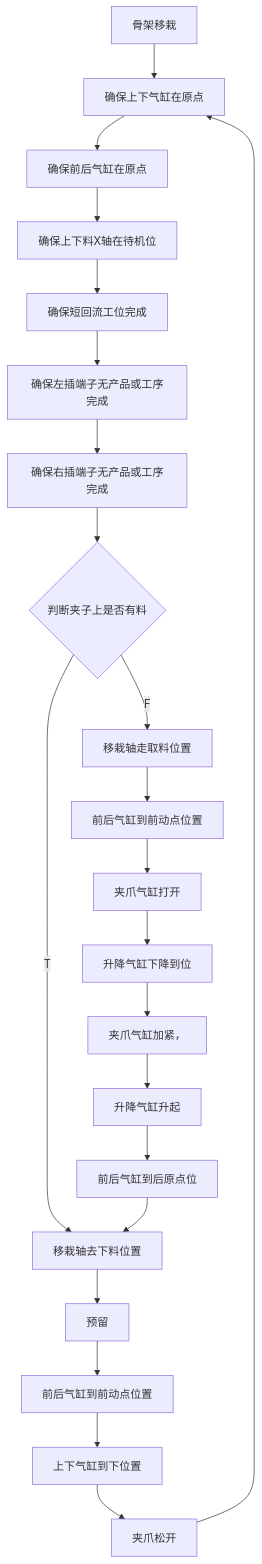
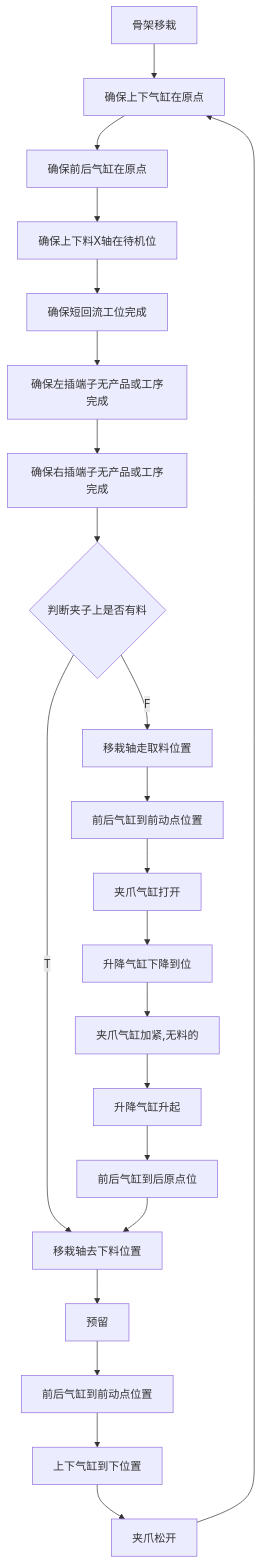
The diagram in all/VR-OP90骨架移栽.md (zmq000/iodraw-files), drawn with Mermaid before and after one commit.

Commit message:
2026-06-18 10:57:02 update

````diff
--- a/all/VR-OP90骨架移栽.md
+++ b/all/VR-OP90骨架移栽.md
@@ -1,33 +1,33 @@
 ```mermaid
 graph TD
    0[骨架移栽]-->10
    10[确保上下气缸在原点]-->20
    20[确保前后气缸在原点]-->30
    30[确保上下料X轴在待机位]-->40
    40[确保短回流工位完成]-->50
    50[确保左插端子无产品或工序完成]-->60
    60[确保右插端子无产品或工序完成]-->70
    70{判断夹子上是否有料}-->|F|80
    70-->|T|150
    80[移栽轴走取料位置]-->90
    90[前后气缸到前动点位置]-->100
    100[夹爪气缸打开]-->110
    110[升降气缸下降到位]-->120
-   120[夹爪气缸加紧，]-->130
+   120[夹爪气缸加紧,无料的]-->130
    130[升降气缸升起]-->140
    140[前后气缸到后原点位]-->150
    150[移栽轴去下料位置]-->160
    160[预留]-->170
    170[前后气缸到前动点位置]-->180
    180[上下气缸到下位置]-->190
    190[夹爪松开]-->10
 
 
 
 
 
 
 
 
   
 ```
````
